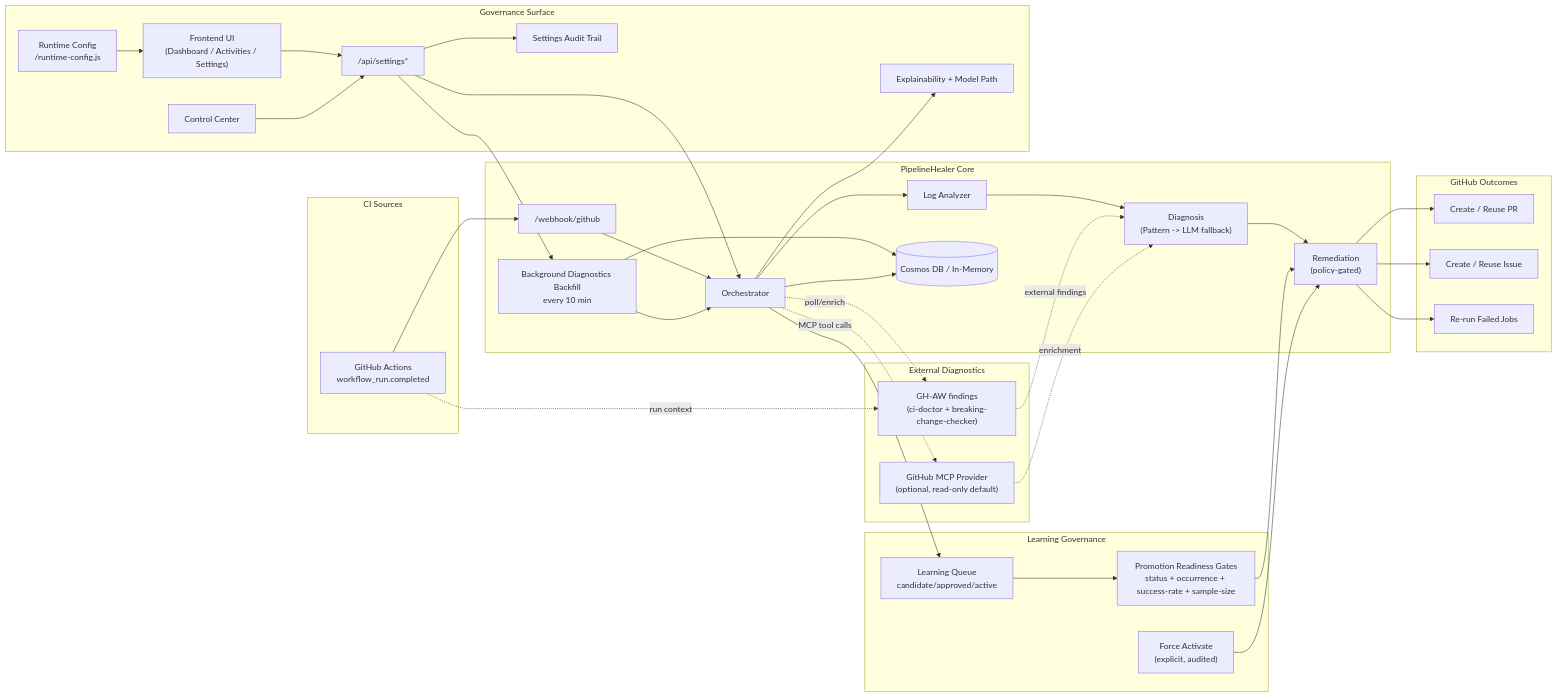
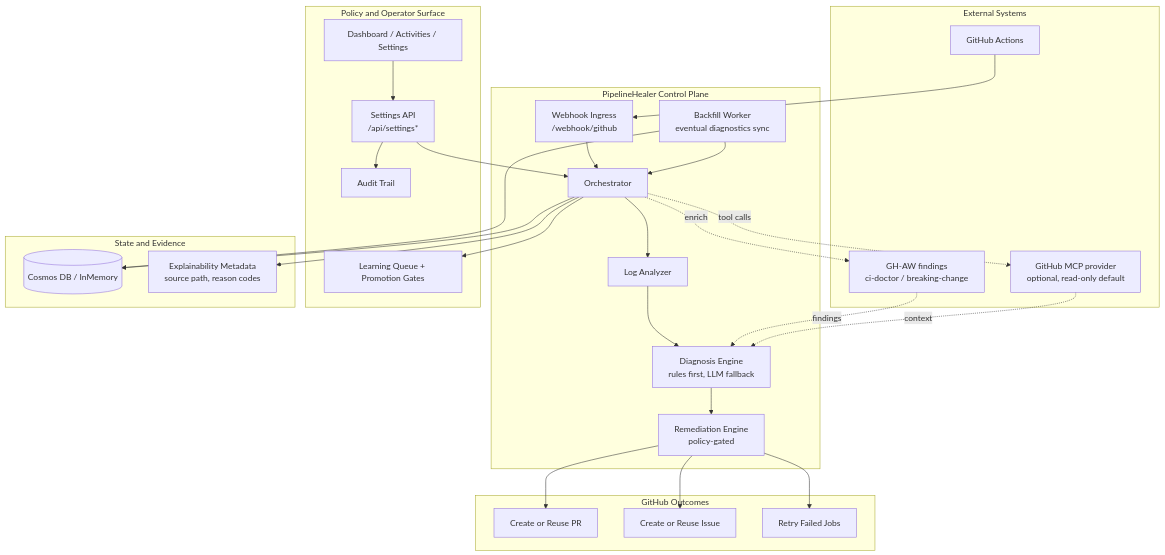
One commit to Canepro/pipelinehealer changed the first of 2 diagrams in README.md. Above: the diagram before and after it, drawn with Mermaid. The commit also changed other lines of this file, not shown here.

Commit message:
docs(readme): professionalize structure and architecture views
- add clearer value framing and concise developer setup section

- replace architecture block with cleaner C4-style system view

- add failure-processing sequence diagram for operational clarity

- refresh LAST_VERIFIED marker

````diff
--- a/README.md
+++ b/README.md
@@ -162,68 +169,54 @@
 ```mermaid
-flowchart LR
-  subgraph CI["CI Sources"]
-    GH["GitHub Actions<br/>workflow_run.completed"]
+flowchart TB
+  subgraph EXT["External Systems"]
+    GH["GitHub Actions"]
+    GHAW["GH-AW findings<br/>ci-doctor / breaking-change"]
+    MCP["GitHub MCP provider<br/>optional, read-only default"]
   end
 
-  subgraph PH["PipelineHealer Core"]
-    WH["/webhook/github"]
-    OR["Orchestrator"]
-    LA["Log Analyzer"]
-    DG["Diagnosis<br/>(Pattern -> LLM fallback)"]
-    RM["Remediation<br/>(policy-gated)"]
-    BF["Background Diagnostics Backfill<br/>every 10 min"]
-    ST[("Cosmos DB / In-Memory")]
+  subgraph CTRL["PipelineHealer Control Plane"]
+    WH["Webhook Ingress<br/>/webhook/github"]
+    ORCH["Orchestrator"]
+    ANA["Log Analyzer"]
+    DIA["Diagnosis Engine<br/>rules first, LLM fallback"]
+    REM["Remediation Engine<br/>policy-gated"]
+    BF["Backfill Worker<br/>eventual diagnostics sync"]
   end
 
-  subgraph EXT["External Diagnostics"]
-    AW["GH-AW findings<br/>(ci-doctor + breaking-change-checker)"]
-    MCP["GitHub MCP Provider<br/>(optional, read-only default)"]
+  subgraph GOV["Policy and Operator Surface"]
+    UI["Dashboard / Activities / Settings"]
+    API["Settings API<br/>/api/settings*"]
+    AUD["Audit Trail"]
+    LRN["Learning Queue + Promotion Gates"]
   end
 
-  subgraph LEARN["Learning Governance"]
-    LQ["Learning Queue<br/>candidate/approved/active"]
-    LG["Promotion Readiness Gates<br/>status + occurrence + success-rate + sample-size"]
-    FP["Force Activate<br/>(explicit, audited)"]
-  end
-
-  subgraph GOV["Governance Surface"]
-    UI["Frontend UI<br/>(Dashboard / Activities / Settings)"]
-    RTC["Runtime Config<br/>/runtime-config.js"]
-    CC["Control Center"]
-    API["/api/settings*"]
-    AUD["Settings Audit Trail"]
-    EXP["Explainability + Model Path"]
+  subgraph DATA["State and Evidence"]
+    DB[("Cosmos DB / InMemory")]
+    EXP["Explainability Metadata<br/>source path, reason codes"]
   end
 
   subgraph OUT["GitHub Outcomes"]
-    PR["Create / Reuse PR"]
-    IS["Create / Reuse Issue"]
-    RR["Re-run Failed Jobs"]
+    PR["Create or Reuse PR"]
+    IS["Create or Reuse Issue"]
+    RR["Retry Failed Jobs"]
   end
 
-  GH --> WH --> OR
-  OR --> LA --> DG --> RM
-  RM --> PR
-  RM --> IS
-  RM --> RR
+  GH --> WH --> ORCH
+  ORCH --> ANA --> DIA --> REM
+  REM --> PR
+  REM --> IS
+  REM --> RR
 
-  GH -. run context .-> AW
-  AW -. external findings .-> DG
-  BF --> OR
-  BF --> ST
-  OR -. poll/enrich .-> AW
-  OR -. MCP tool calls .-> MCP
-  MCP -. enrichment .-> DG
+  ORCH -. enrich .-> GHAW
+  GHAW -. findings .-> DIA
+  ORCH -. tool calls .-> MCP
+  MCP -. context .-> DIA
 
-  RTC --> UI
-  UI --> API --> OR
-  CC --> API
-  API --> BF
-  OR --> LQ
-  LQ --> LG
-  LG --> RM
-  FP --> RM
+  UI --> API --> ORCH
   API --> AUD
-  OR --> EXP
-  OR --> ST
+  ORCH --> LRN
+  BF --> ORCH
+  BF --> DB
+  ORCH --> DB
+  ORCH --> EXP
 ```
````
